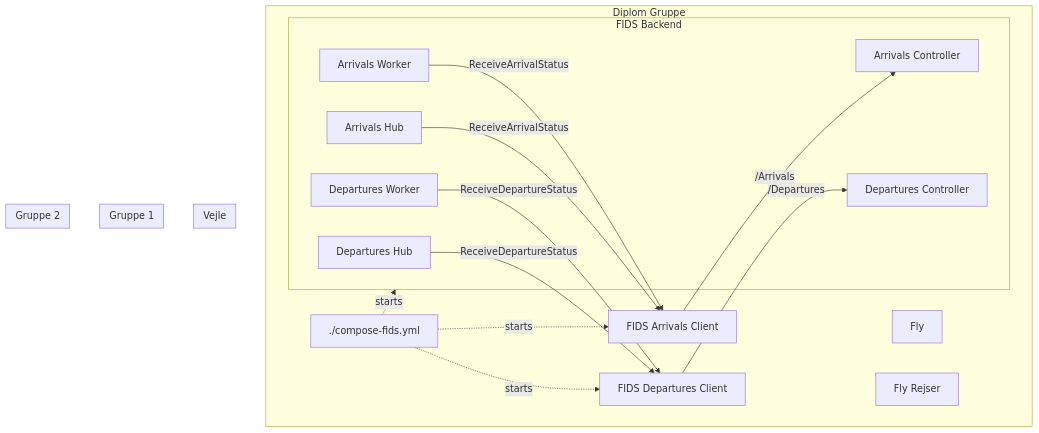
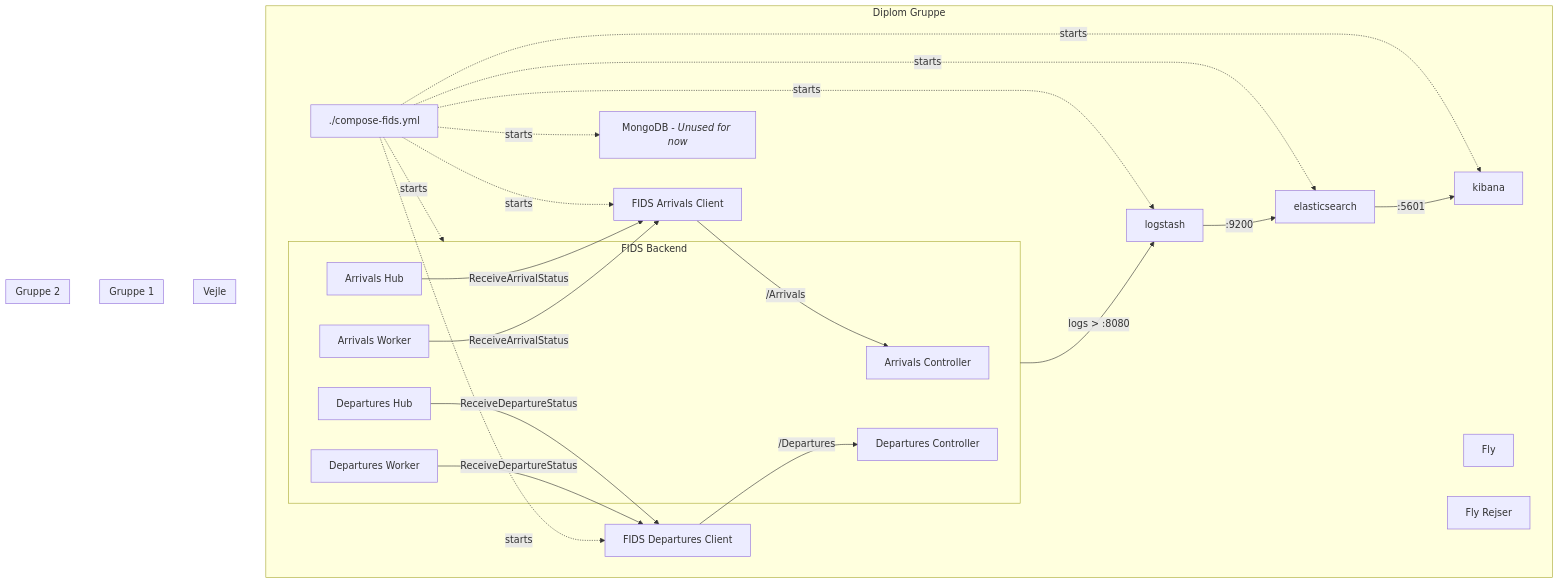
Before and after one commit to AndreasNPedersen/FIDS: the diagram in README.md, drawn with Mermaid.

Commit message:
Added ELK containers to diagram

````diff
--- a/README.md
+++ b/README.md
@@ -3,47 +3,55 @@
 ```mermaid
 flowchart
     subgraph dg[Diplom Gruppe]
         dfids[./compose-fids.yml]
         
         subgraph fb[FIDS Backend]
             arrapi[Arrivals Controller]
             depapi[Departures Controller]
             ah[Arrivals Hub]
             dh[Departures Hub]
             aw[Arrivals Worker]
             dw[Departures Worker]
             
         end
         
         ac[FIDS Arrivals Client]
         dc[FIDS Departures Client]
 
         ah --ReceiveArrivalStatus--> ac
         dh --ReceiveDepartureStatus--> dc
 
         aw --ReceiveArrivalStatus--> ac
         dw --ReceiveDepartureStatus--> dc
         
         ac --/Arrivals--> arrapi
         dc --/Departures--> depapi
         
         fly[Fly]
         fr[Fly Rejser]
         
         dfids -.starts.-> fb
         dfids -.starts.-> ac
         dfids -.starts.-> dc
-    end
+        dfids -.starts.-> mongodb[MongoDB - <i>Unused for now</i>]
+        dfids -.starts.-> elasticsearch
+        dfids -.starts.-> logstash
+        dfids -.starts.-> kibana
+        
+        fb --logs > :8080--> logstash
+        
+        logstash --:9200--> elasticsearch --:5601--> kibana
+end
     
     subgraph Vejle 
         
     end
     
     subgraph Gruppe 1
 
     end
     
     subgraph Gruppe 2
 
     end
 ```
````
